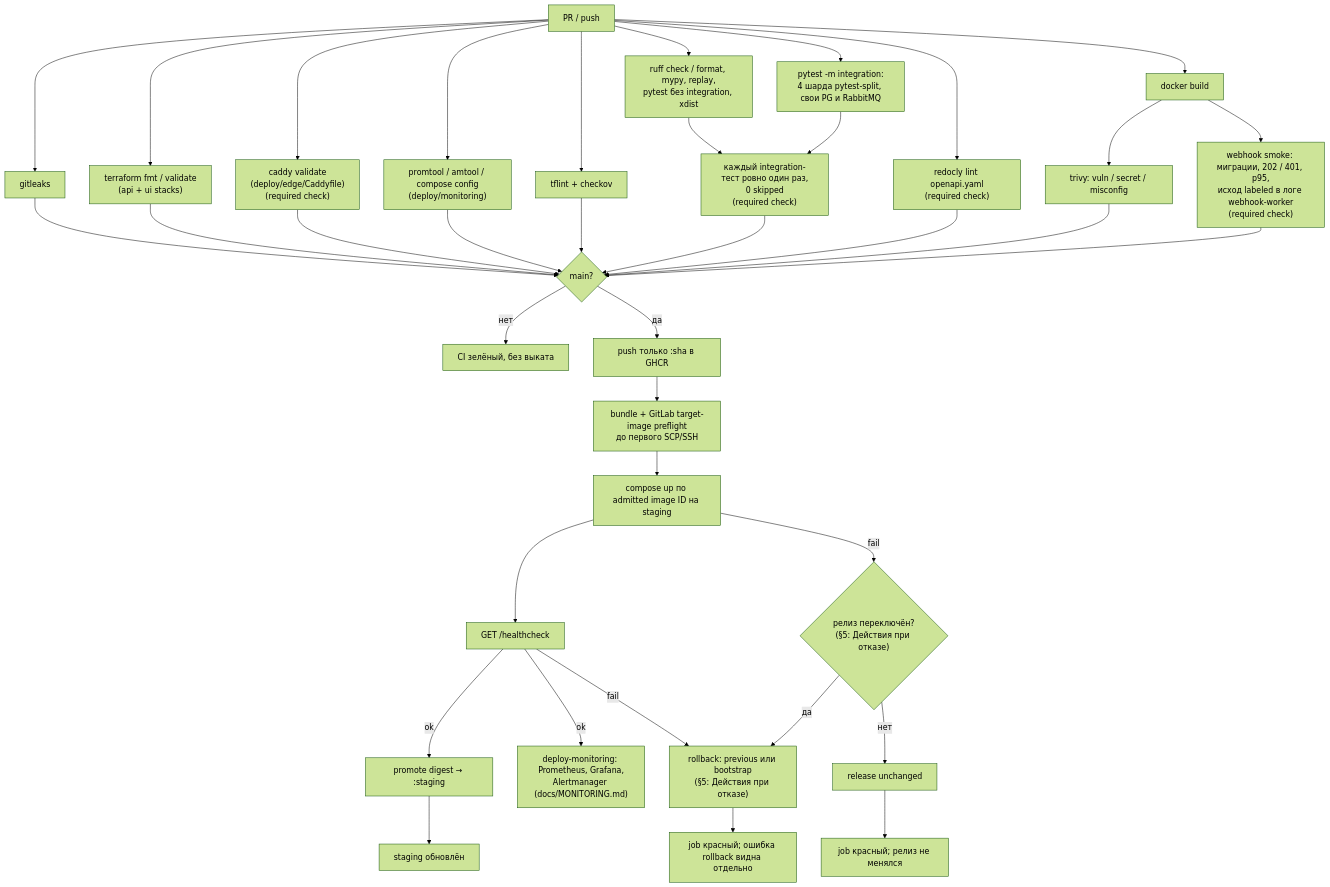
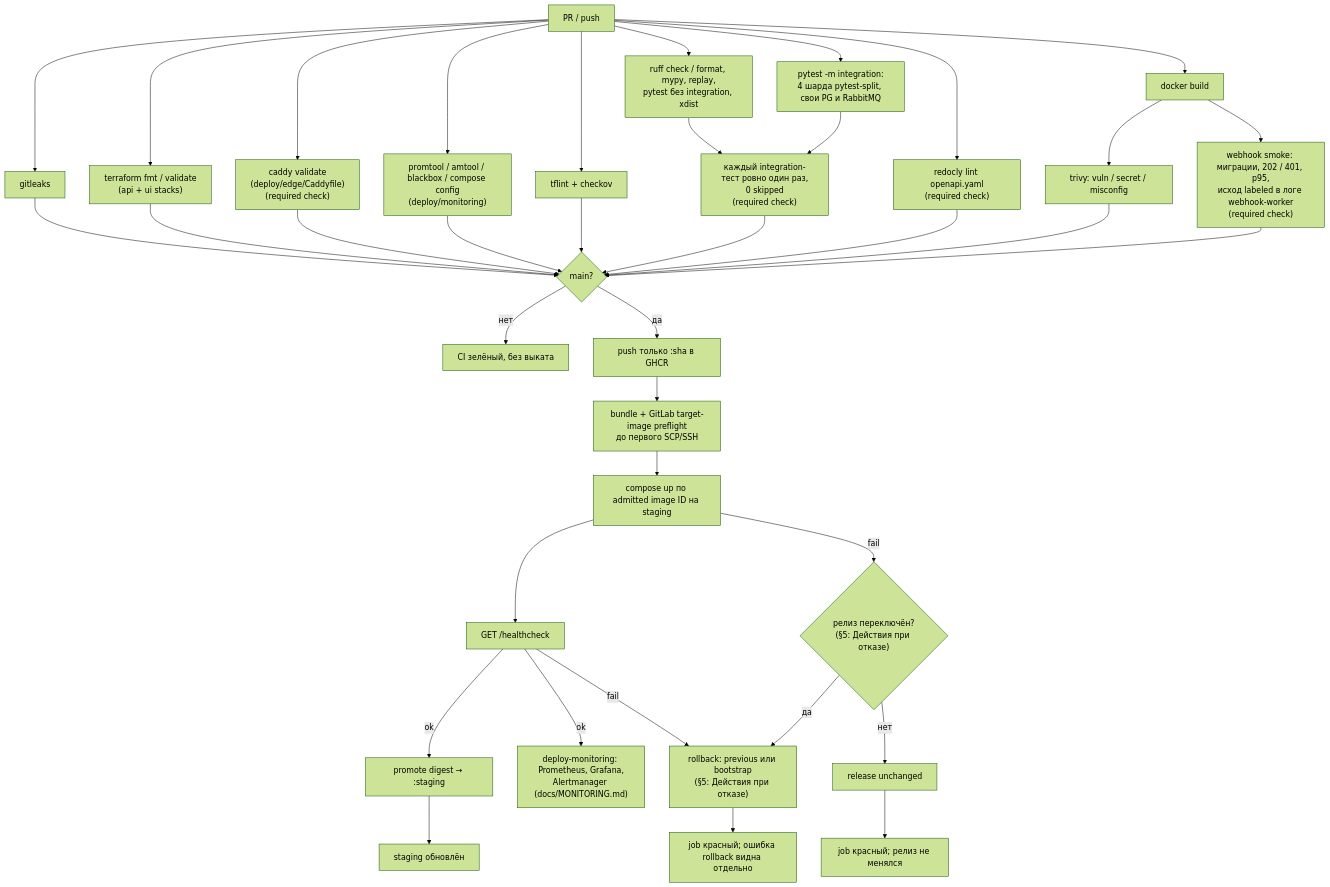
The diagram in docs/CICD.md (larchanka-training/dmc-268-api-t6), drawn with Mermaid (forest theme) before and after one commit. The commit also changed other lines of this file and 13 other files, not shown here.

````diff
--- a/docs/CICD.md
+++ b/docs/CICD.md
@@ -15,39 +15,39 @@
 ```mermaid
 flowchart TD
   pr["PR / push"] --> secrets["gitleaks"]
   pr --> tf["terraform fmt / validate\n(api + ui stacks)"]
   pr --> caddy["caddy validate\n(deploy/edge/Caddyfile)\n(required check)"]
-  pr --> mon["promtool / amtool / compose config\n(deploy/monitoring)"]
+  pr --> mon["promtool / amtool / blackbox / compose config\n(deploy/monitoring)"]
   pr --> lint["tflint + checkov"]
   pr --> unit["ruff check / format, mypy, replay,\npytest без integration, xdist"]
   pr --> integ["pytest -m integration:\n4 шарда pytest-split, свои PG и RabbitMQ"]
   unit --> py["каждый integration-тест ровно один раз,\n0 skipped\n(required check)"]
   integ --> py
   pr --> oas["redocly lint openapi.yaml\n(required check)"]
   pr --> build["docker build"]
   build --> scan["trivy: vuln / secret / misconfig"]
   build --> smoke["webhook smoke: миграции, 202 / 401, p95,\nисход labeled в логе webhook-worker\n(required check)"]
   secrets --> gate{"main?"}
   py --> gate
   tf --> gate
   caddy --> gate
   mon --> gate
   lint --> gate
   scan --> gate
   oas --> gate
   smoke --> gate
   gate -->|нет| stop["CI зелёный, без выката"]
   gate -->|да| push["push только :sha в GHCR"]
   push --> admission["bundle + GitLab target-image preflight\nдо первого SCP/SSH"]
   admission --> deploy["compose up по admitted image ID на staging"]
   deploy --> health["GET /healthcheck"]
   health -->|ok| promote["promote digest → :staging"]
   promote --> done["staging обновлён"]
   health -->|ok| monitoring["deploy-monitoring: Prometheus, Grafana,\nAlertmanager (docs/MONITORING.md)"]
   health -->|fail| rb["rollback: previous или bootstrap\n(§5: Действия при отказе)"]
   deploy -->|fail| switched{"релиз переключён?\n(§5: Действия при отказе)"}
   switched -->|да| rb
   switched -->|нет| unchanged["release unchanged"]
   unchanged --> unchanged_fail["job красный; релиз не менялся"]
   rb --> fail["job красный; ошибка rollback видна отдельно"]
 ```
````
